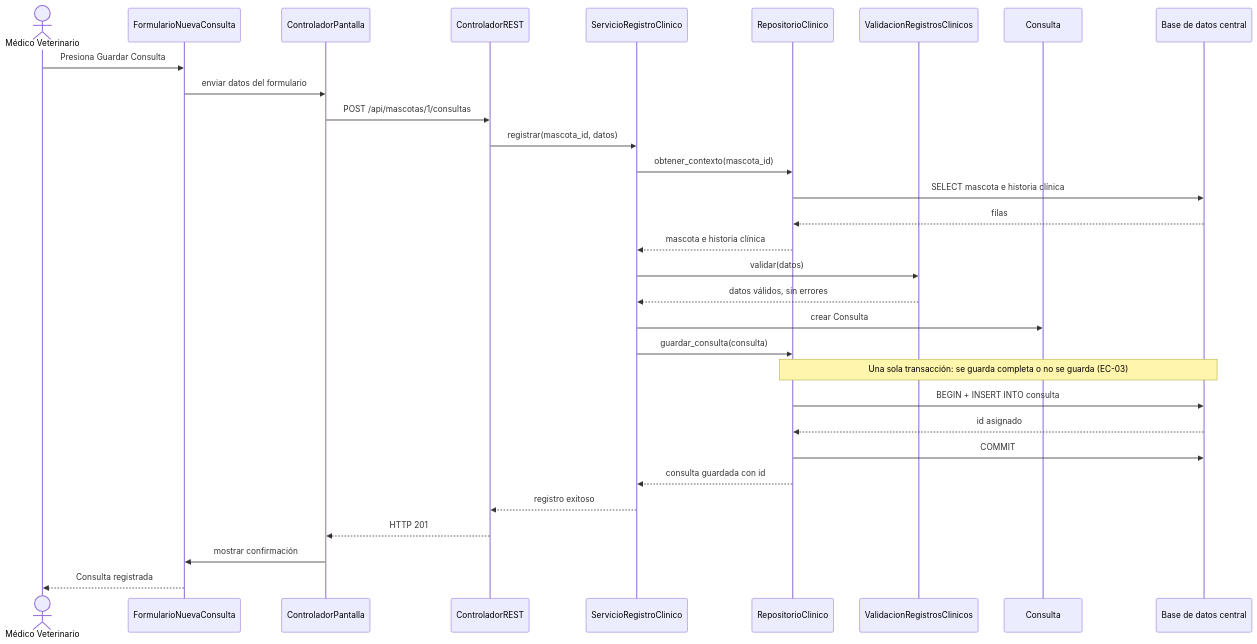
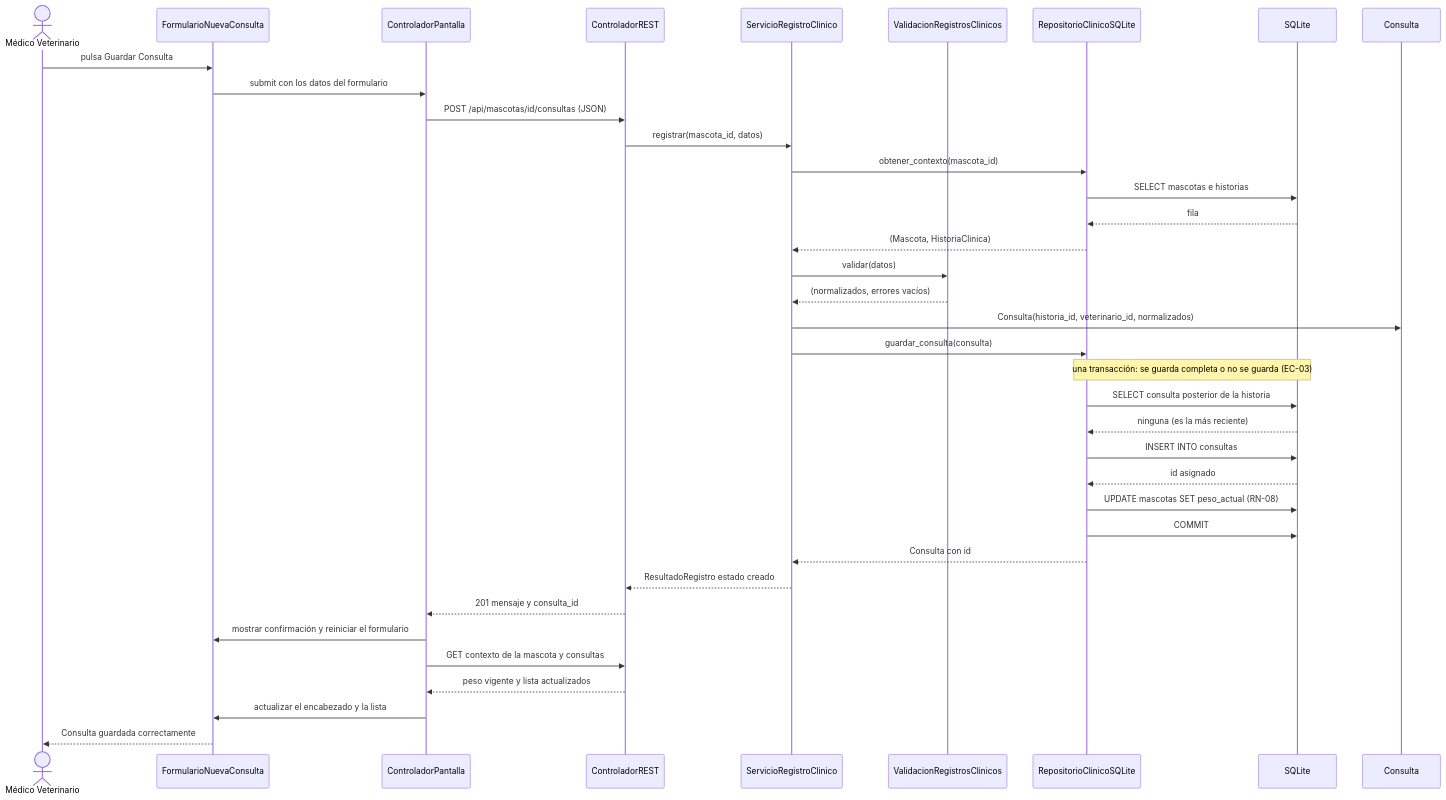
One commit to DinoMondino/sistema-gestion-veterinaria-2026 changed the second of 5 diagrams in docs/design/diseno-detallado.md. Above: the diagram before and after it, drawn with Mermaid. The commit also changed other lines of this file and 16 other files, not shown here.

````diff
--- a/docs/design/diseno-detallado.md
+++ b/docs/design/diseno-detallado.md
@@ -164,38 +192,40 @@
 ```mermaid
 sequenceDiagram
     actor Vet as Médico Veterinario
     participant UI as FormularioNuevaConsulta
     participant CP as ControladorPantalla
     participant REST as ControladorREST
-    participant SRC as ServicioRegistroClinico
-    participant RC as RepositorioClinico
+    participant SRV as ServicioRegistroClinico
     participant VAL as ValidacionRegistrosClinicos
+    participant REPO as RepositorioClinicoSQLite
+    participant DB as SQLite
     participant C as Consulta
-    participant BD as Base de datos central
 
-    Vet->>UI: Presiona Guardar Consulta
-    UI->>CP: enviar datos del formulario
-    CP->>REST: POST /api/mascotas/1/consultas
-
-    REST->>SRC: registrar(mascota_id, datos)
-    SRC->>RC: obtener_contexto(mascota_id)
-    RC->>BD: SELECT mascota e historia clínica
-    BD-->>RC: filas
-    RC-->>SRC: mascota e historia clínica
-
-    SRC->>VAL: validar(datos)
-    VAL-->>SRC: datos válidos, sin errores
-
-    SRC->>C: crear Consulta
-    SRC->>RC: guardar_consulta(consulta)
-    Note over RC,BD: Una sola transacción: se guarda completa o no se guarda (EC-03)
-    RC->>BD: BEGIN + INSERT INTO consulta
-    BD-->>RC: id asignado
-    RC->>BD: COMMIT
-    RC-->>SRC: consulta guardada con id
-
-    SRC-->>REST: registro exitoso
-    REST-->>CP: HTTP 201
-    CP->>UI: mostrar confirmación
-    UI-->>Vet: Consulta registrada
+    Vet->>UI: pulsa Guardar Consulta
+    UI->>CP: submit con los datos del formulario
+    CP->>REST: POST /api/mascotas/id/consultas (JSON)
+    REST->>SRV: registrar(mascota_id, datos)
+    SRV->>REPO: obtener_contexto(mascota_id)
+    REPO->>DB: SELECT mascotas e historias
+    DB-->>REPO: fila
+    REPO-->>SRV: (Mascota, HistoriaClinica)
+    SRV->>VAL: validar(datos)
+    VAL-->>SRV: (normalizados, errores vacíos)
+    SRV->>C: Consulta(historia_id, veterinario_id, normalizados)
+    SRV->>REPO: guardar_consulta(consulta)
+    Note over REPO,DB: una transacción: se guarda completa o no se guarda (EC-03)
+    REPO->>DB: SELECT consulta posterior de la historia
+    DB-->>REPO: ninguna (es la más reciente)
+    REPO->>DB: INSERT INTO consultas
+    DB-->>REPO: id asignado
+    REPO->>DB: UPDATE mascotas SET peso_actual (RN-08)
+    REPO->>DB: COMMIT
+    REPO-->>SRV: Consulta con id
+    SRV-->>REST: ResultadoRegistro estado creado
+    REST-->>CP: 201 mensaje y consulta_id
+    CP->>UI: mostrar confirmación y reiniciar el formulario
+    CP->>REST: GET contexto de la mascota y consultas
+    REST-->>CP: peso vigente y lista actualizados
+    CP->>UI: actualizar el encabezado y la lista
+    UI-->>Vet: Consulta guardada correctamente
 ```
````
